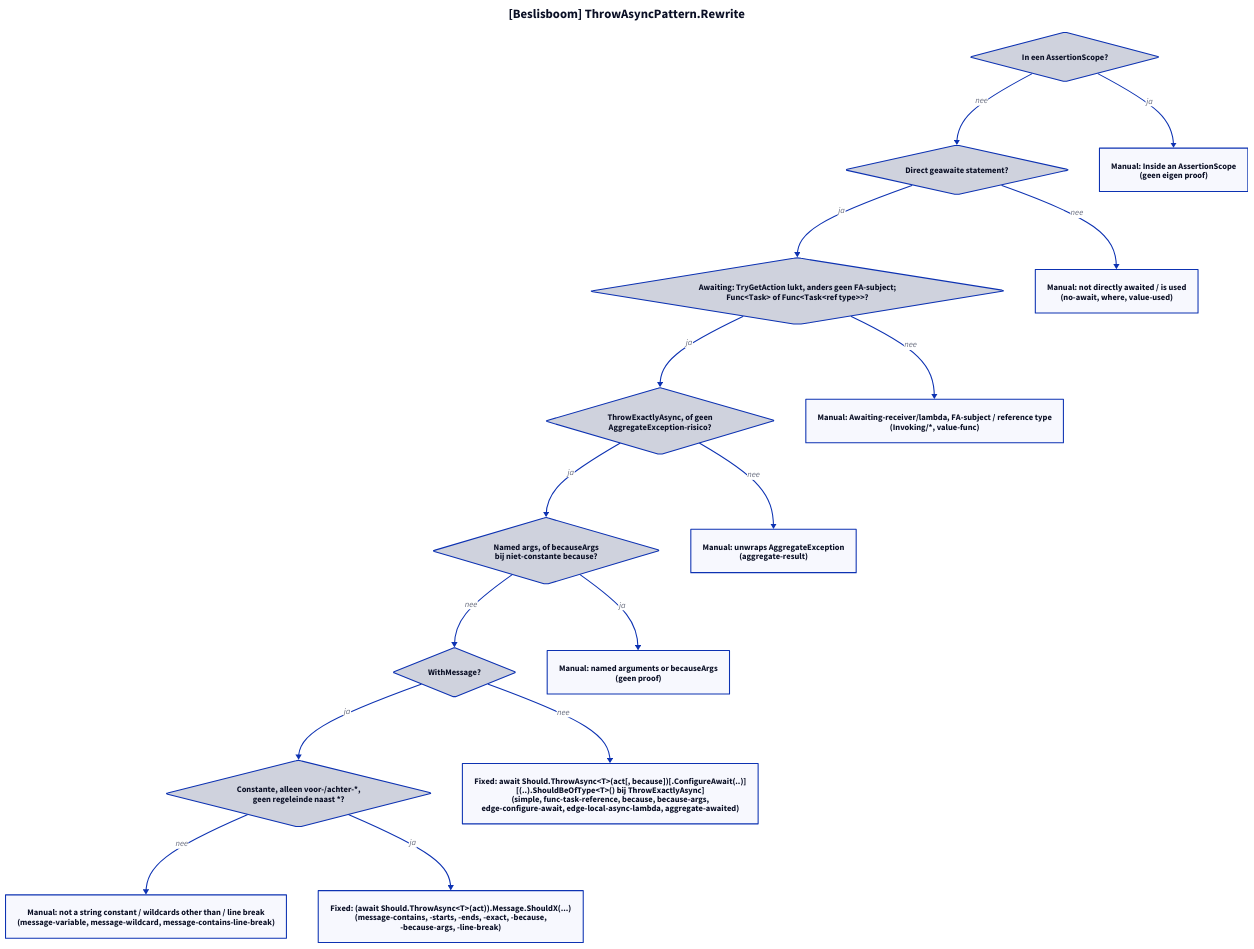
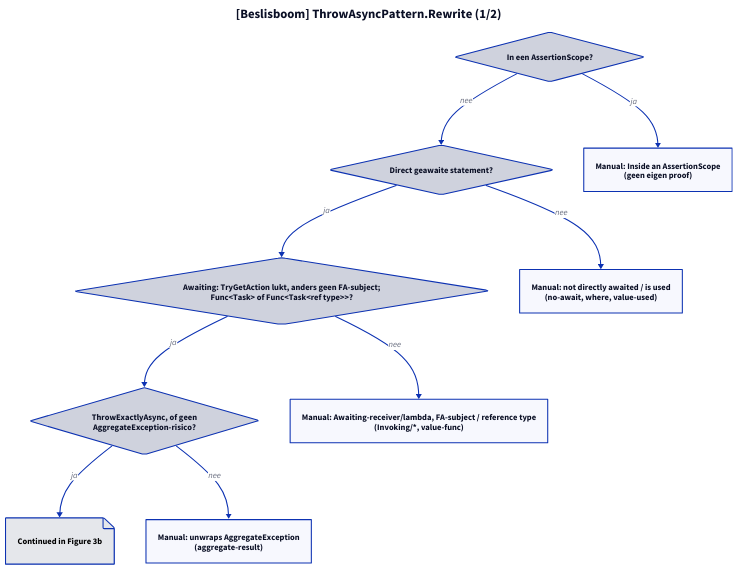
The diagram in docs/projectinfo/patterns/img/fa-throw-async-modellen-3.d2 (ATkingma/unshackle), drawn with D2 before and after one commit. The commit also changed 271 other files, not shown here.

```diff
--- a/docs/projectinfo/patterns/img/fa-throw-async-modellen-3.d2
+++ b/docs/projectinfo/patterns/img/fa-throw-async-modellen-3.d2
@@ -1,31 +1,19 @@
-title: "[Beslisboom] ThrowAsyncPattern.Rewrite" {shape: text; near: top-center; style: {font-size: 24; bold: true}}
+title: "[Beslisboom] ThrowAsyncPattern.Rewrite (1/2)" {shape: text; near: top-center; style: {font-size: 24; bold: true}}
 direction: down
 q0: "In een AssertionScope?" {shape: diamond}
 q3: "Direct geawaite statement?" {shape: diamond}
 q4: "Awaiting: TryGetAction lukt, anders geen FA-subject;\nFunc<Task> of Func<Task<ref type>>?" {shape: diamond}
 qa: "ThrowExactlyAsync, of geen\nAggregateException-risico?" {shape: diamond}
-q5: "Named args, of becauseArgs\nbij niet-constante because?" {shape: diamond}
-q6: "WithMessage?" {shape: diamond}
-q7: "Constante, alleen voor-/achter-*,\ngeen regeleinde naast *?" {shape: diamond}
-q0 -> q3: nee
-q3 -> q4: ja
-q4 -> qa: ja
-qa -> q5: ja
-q5 -> q6: nee
-q6 -> q7: ja
 m0: "Manual: Inside an AssertionScope\n(geen eigen proof)"
 m3: "Manual: not directly awaited / is used\n(no-await, where, value-used)"
 m4: "Manual: Awaiting-receiver/lambda, FA-subject / reference type\n(Invoking/*, value-func)"
 ma: "Manual: unwraps AggregateException\n(aggregate-result)"
-m5: "Manual: named arguments or becauseArgs\n(geen proof)"
-m7: "Manual: not a string constant / wildcards other than / line break\n(message-variable, message-wildcard, message-contains-line-break)"
-f1: "Fixed: await Should.ThrowAsync<T>(act[, because])[.ConfigureAwait(..)]\n[(..).ShouldBeOfType<T>() bij ThrowExactlyAsync]\n(simple, func-task-reference, because, because-args,\nedge-configure-await, edge-local-async-lambda, aggregate-awaited)"
-f2: "Fixed: (await Should.ThrowAsync<T>(act)).Message.ShouldX(...)\n(message-contains, -starts, -ends, -exact, -because,\n-because-args, -line-break)"
+to_next_q5: "Continued in Figure 3b" {shape: page; style: {fill: "#e5e7eb"; font-color: "#000000"}}
+q0 -> q3: nee
+q3 -> q4: ja
+q4 -> qa: ja
+qa -> to_next_q5: ja
 q0 -> m0: ja
 q3 -> m3: nee
 q4 -> m4: nee
 qa -> ma: nee
-q5 -> m5: ja
-q6 -> f1: nee
-q7 -> m7: nee
-q7 -> f2: ja
```
